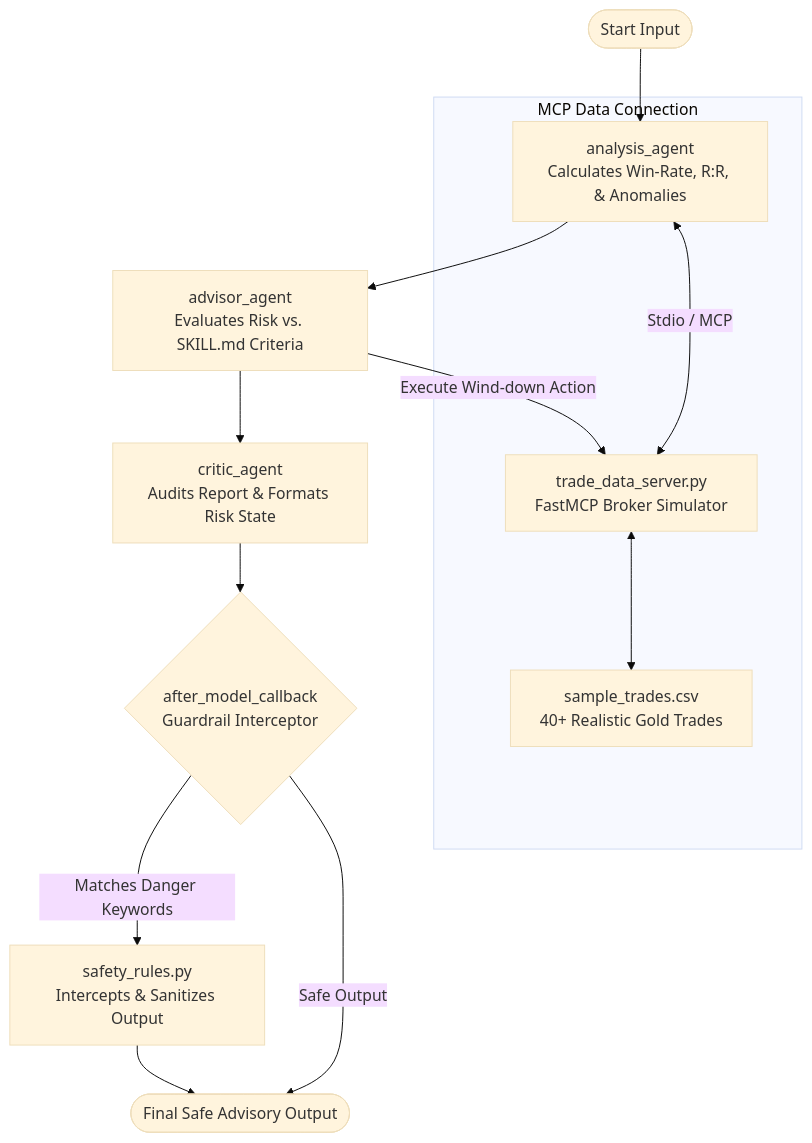
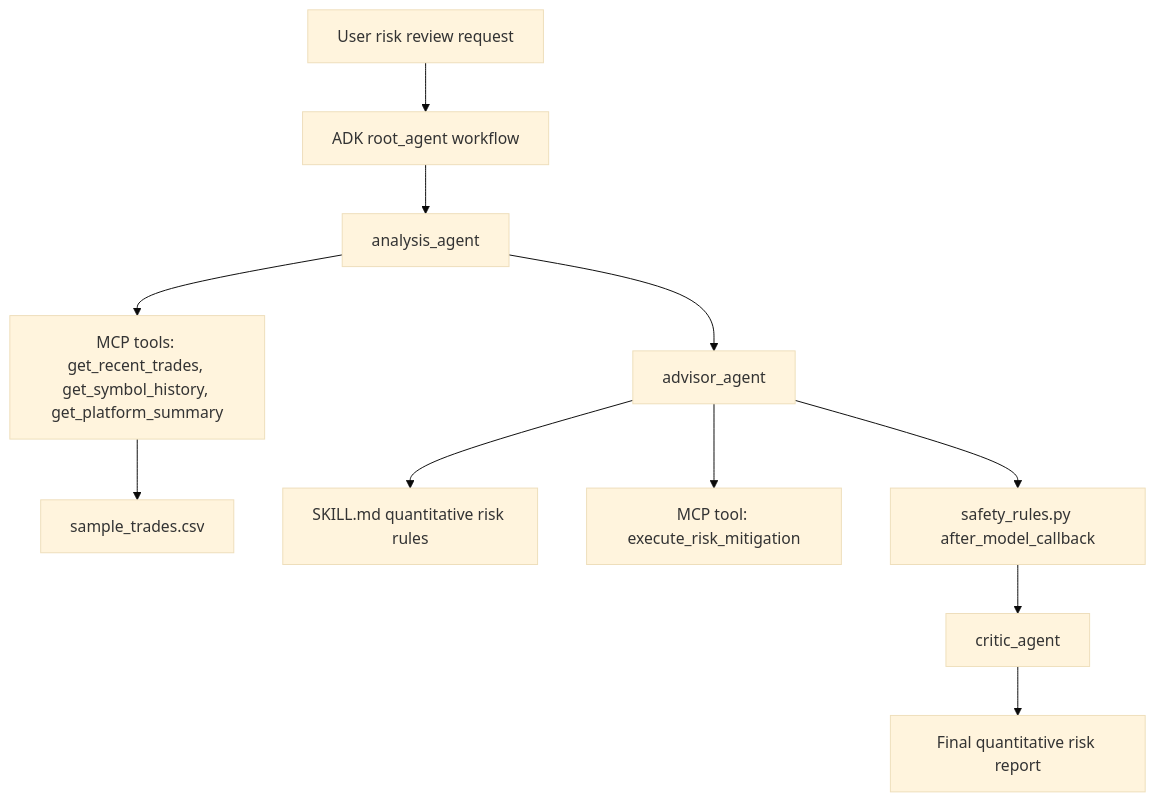
One commit to simom1/Trading-Risk-Coach changed the diagram in README.md. Above: the diagram before and after it, drawn with Mermaid (base theme). The commit also changed other lines of this file and 7 other files, not shown here.

````diff
--- a/README.md
+++ b/README.md
@@ -12,16 +24,13 @@
 ```mermaid
 graph TD
-    Start([Start Input]) --> AnalysisAgent[analysis_agent<br>Calculates Win-Rate, R:R, & Anomalies]
-    AnalysisAgent --> AdvisorAgent[advisor_agent<br>Evaluates Risk vs. SKILL.md Criteria]
-    AdvisorAgent -->|Execute Wind-down Action| MCPServer[trade_data_server.py<br>FastMCP Broker Simulator]
-    AdvisorAgent --> CriticAgent[critic_agent<br>Audits Report & Formats Risk State]
-    CriticAgent --> GuardrailHook{after_model_callback<br>Guardrail Interceptor}
-    GuardrailHook -- Matches Danger Keywords --> Sanitize[safety_rules.py<br>Intercepts & Sanitizes Output]
-    GuardrailHook -- Safe Output --> End([Final Safe Advisory Output])
-    Sanitize --> End
-    
-    subgraph MCP Data Connection
-        AnalysisAgent <-->|Stdio / MCP| MCPServer
-        MCPServer <--> CSV[sample_trades.csv<br>40+ Realistic Gold Trades]
-    end
+    User[User risk review request] --> Root[ADK root_agent workflow]
+    Root --> Analysis[analysis_agent]
+    Analysis --> MCPRead[MCP tools: get_recent_trades, get_symbol_history, get_platform_summary]
+    MCPRead --> CSV[sample_trades.csv]
+    Analysis --> Advisor[advisor_agent]
+    Advisor --> Skill[SKILL.md quantitative risk rules]
+    Advisor --> MCPWrite[MCP tool: execute_risk_mitigation]
+    Advisor --> Guardrail[safety_rules.py after_model_callback]
+    Guardrail --> Critic[critic_agent]
+    Critic --> Report[Final quantitative risk report]
 ```
````
